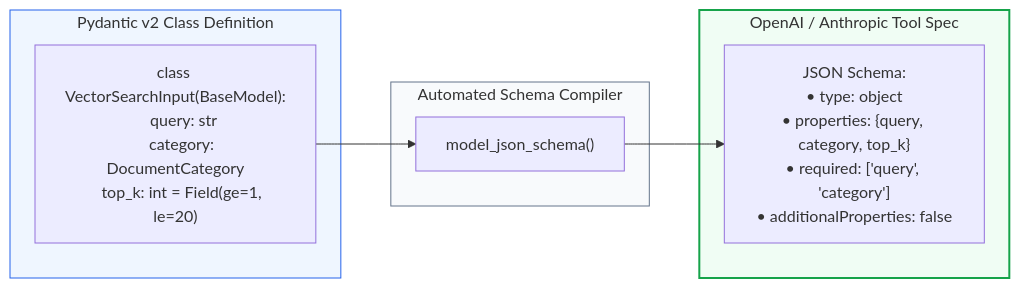
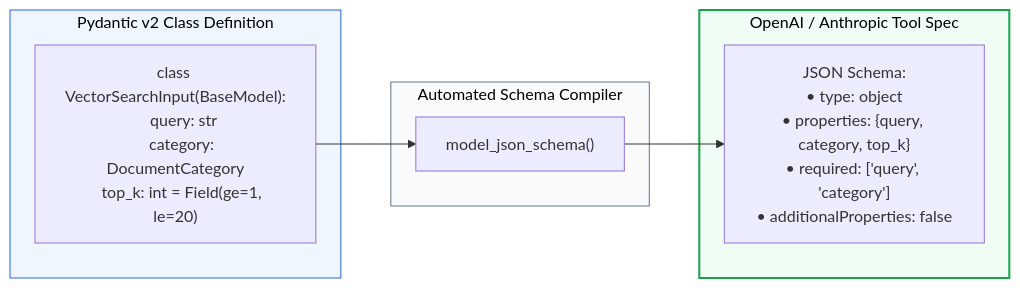
Before and after one commit to swapnil3104/RAG-Engineering: the second of 6 diagrams in 07-Agentic-RAG/Tool-Calling.md, drawn with Mermaid. The commit also changed other lines of this file and 108 other files, not shown here.

Commit message:
fix: make chart text visible across all Mermaid diagrams and resolve markdown table formatting issues

````diff
--- a/07-Agentic-RAG/Tool-Calling.md
+++ b/07-Agentic-RAG/Tool-Calling.md
@@ -96,18 +96,18 @@
 ```mermaid
 flowchart LR
     subgraph PydanticModel ["Pydantic v2 Class Definition"]
         PyCode["class VectorSearchInput(BaseModel):<br/>    query: str<br/>    category: DocumentCategory<br/>    top_k: int = Field(ge=1, le=20)"]
     end
 
     subgraph SchemaEngine ["Automated Schema Compiler"]
         PyCode --> Generator["model_json_schema()"]
     end
 
     subgraph LLMManifest ["OpenAI / Anthropic Tool Spec"]
         Generator --> JSONPayload["JSON Schema:<br/>• type: object<br/>• properties: {query, category, top_k}<br/>• required: ['query', 'category']<br/>• additionalProperties: false"]
     end
 
-    style PydanticModel fill:#eff6ff,stroke:#2563eb,stroke-width:1px
-    style SchemaEngine fill:#f8fafc,stroke:#64748b,stroke-width:1px
-    style LLMManifest fill:#f0fdf4,stroke:#16a34a,stroke-width:2px
+    style PydanticModel fill:#eff6ff,stroke:#2563eb,stroke-width:1px,color:#000000
+    style SchemaEngine fill:#f8fafc,stroke:#64748b,stroke-width:1px,color:#000000
+    style LLMManifest fill:#f0fdf4,stroke:#16a34a,stroke-width:2px,color:#000000
 ```
````
